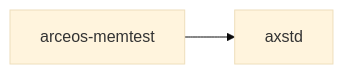
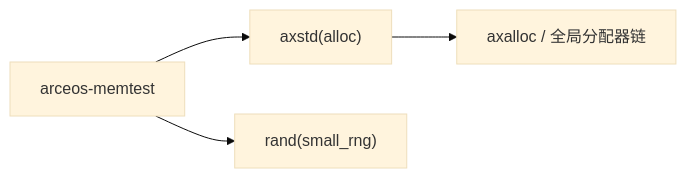
The second of 2 diagrams in docs/crates/arceos-memtest.md (rcore-os/tgoskits), drawn with Mermaid (base theme) before and after one commit. The commit also changed other lines of this file and 99 other files, not shown here.

````diff
--- a/docs/crates/arceos-memtest.md
+++ b/docs/crates/arceos-memtest.md
@@ -32,5 +80,6 @@
 ```mermaid
 graph LR
-    current["arceos-memtest"]
-    current --> axstd["axstd"]
+    test["arceos-memtest"] --> axstd["axstd(alloc)"]
+    test --> rand["rand(small_rng)"]
+    axstd --> axalloc["axalloc / 全局分配器链"]
 ```
````
